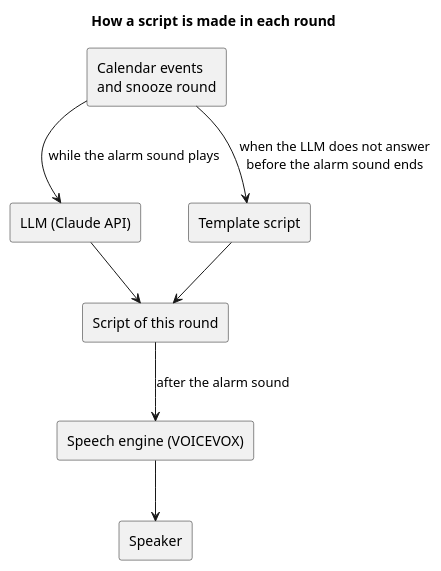
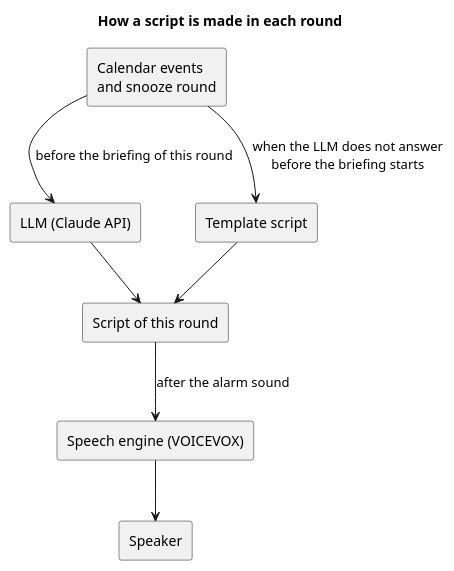
The diagram in docs/ja/requirements/brief/overview.puml (cloveclovedev/press-start), drawn with PlantUML before and after one commit. The commit also changed 2 other files, not shown here.

Commit message:
docs(requirements): prepare each script by the start of its briefing, leaving the timing to the design
Claude-Session: https://claude.ai/code/session_01TFZkofXaDzgbSPfhvi1zni

```diff
--- a/docs/ja/requirements/brief/overview.puml
+++ b/docs/ja/requirements/brief/overview.puml
@@ -1,19 +1,19 @@
 @startuml overview
 title How a script is made in each round
 skinparam shadowing false
 skinparam componentStyle rectangle
 
 [Calendar events\nand snooze round] as events
 [LLM (Claude API)] as llm
 [Template script] as template
 [Script of this round] as script
 [Speech engine (VOICEVOX)] as tts
 [Speaker] as speaker
 
-events --> llm : while the alarm sound plays
-events --> template : when the LLM does not answer\nbefore the alarm sound ends
+events --> llm : before the briefing of this round
+events --> template : when the LLM does not answer\nbefore the briefing starts
 llm --> script
 template --> script
 script --> tts : after the alarm sound
 tts --> speaker
 @enduml
```
